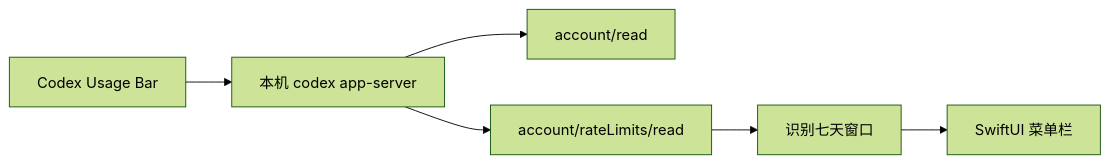
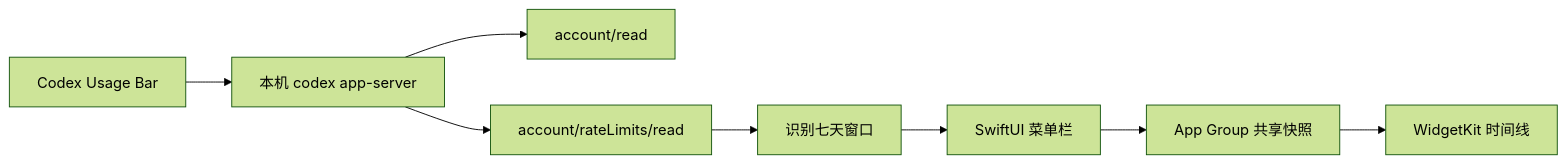
One commit to CMMUU/codex-usage-bar changed the diagram in README.zh-CN.md. Above: the diagram before and after it, drawn with Mermaid (forest theme). The commit also changed other lines of this file and 27 other files, not shown here.

````diff
--- a/README.zh-CN.md
+++ b/README.zh-CN.md
@@ -73,8 +90,10 @@
 ```mermaid
 flowchart LR
     A["Codex Usage Bar"] --> B["本机 codex app-server"]
     B --> C["account/read"]
     B --> D["account/rateLimits/read"]
     D --> E["识别七天窗口"]
     E --> F["SwiftUI 菜单栏"]
+    F --> G["App Group 共享快照"]
+    G --> H["WidgetKit 时间线"]
 ```
````
